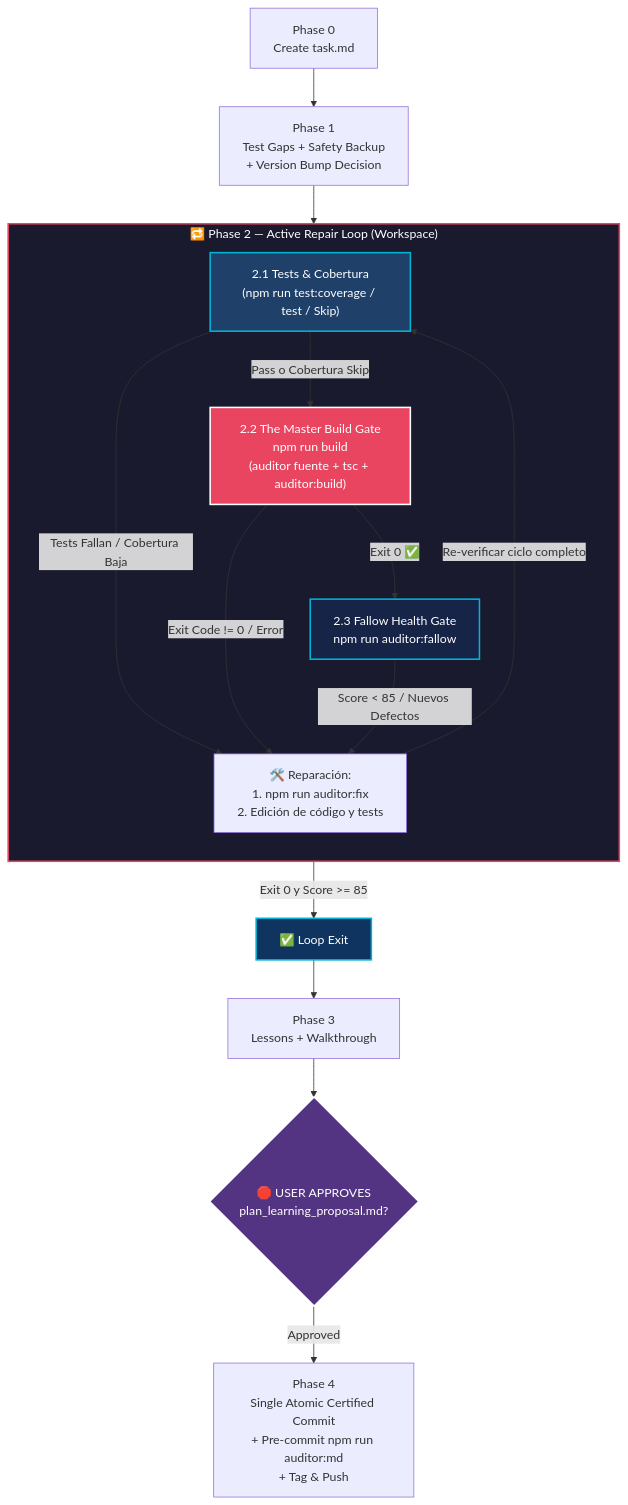
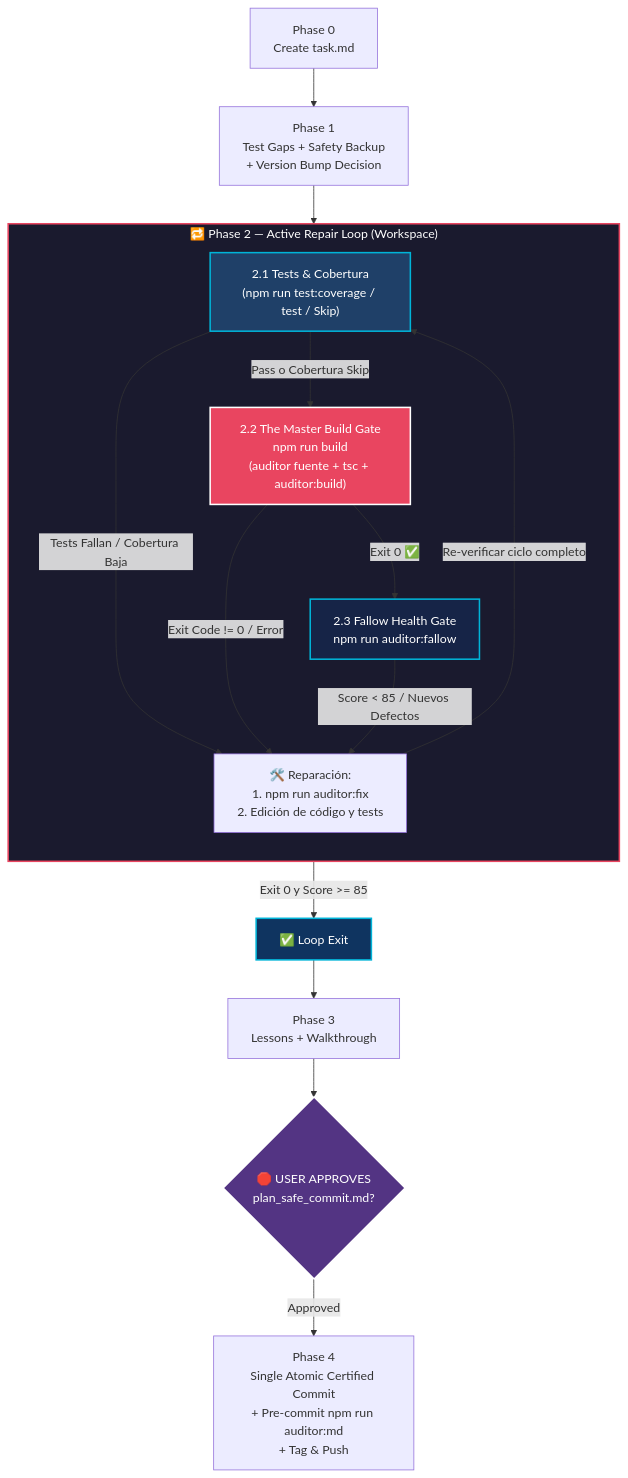
Before and after one commit to francogp/auditor: the diagram in .agents/skills/safe-commit/SKILL.md, drawn with Mermaid. The commit also changed other lines of this file and 56 other files, not shown here.

````diff
--- a/.agents/skills/safe-commit/SKILL.md
+++ b/.agents/skills/safe-commit/SKILL.md
@@ -54,28 +54,28 @@
 ```mermaid
 graph TD
     A0["Phase 0\nCreate task.md"] --> A1["Phase 1\nTest Gaps + Safety Backup\n+ Version Bump Decision"]
     A1 --> LOOP
 
     subgraph LOOP ["🔁 Phase 2 — Active Repair Loop (Workspace)"]
         direction TB
         T["2.1 Tests & Cobertura\n(npm run test:coverage / test / Skip)"] -->|"Pass o Cobertura Skip"| B["2.2 The Master Build Gate\nnpm run build\n(auditor fuente + tsc + auditor:build)"]
         B -->|"Exit 0 ✅"| F["2.3 Fallow Health Gate\nnpm run auditor:fallow"]
         
         T -->|"Tests Fallan / Cobertura Baja"| REPAIR["🛠️ Reparación:\n1. npm run auditor:fix\n2. Edición de código y tests"]
         B -->|"Exit Code != 0 / Error"| REPAIR
         F -->|"Score < 85 / Nuevos Defectos"| REPAIR
         REPAIR -->|"Re-verificar ciclo completo"| T
     end
 
     F -->|"Exit 0 y Score >= 85"| EXIT_GATE["✅ Loop Exit"]
     EXIT_GATE --> A3["Phase 3\nLessons + Walkthrough"]
-    A3 --> STOP1{"🛑 USER APPROVES\nplan_learning_proposal.md?"}
+    A3 --> STOP1{"🛑 USER APPROVES\nplan_safe_commit.md?"}
     STOP1 -->|Approved| A4["Phase 4\nSingle Atomic Certified Commit\n+ Pre-commit npm run auditor:md\n+ Tag & Push"]
 
     style LOOP fill:#1a1a2e,stroke:#e94560,stroke-width:2px,color:#fff
     style T fill:#1f4068,stroke:#00b4d8,stroke-width:2px,color:#fff
     style B fill:#e94560,stroke:#fff,stroke-width:2px,color:#fff
     style F fill:#162447,stroke:#00b4d8,stroke-width:2px,color:#fff
     style EXIT_GATE fill:#0f3460,stroke:#00b4d8,stroke-width:2px,color:#fff
     style STOP1 fill:#533483,stroke:#fff,stroke-width:2px,color:#fff
 ```
````
